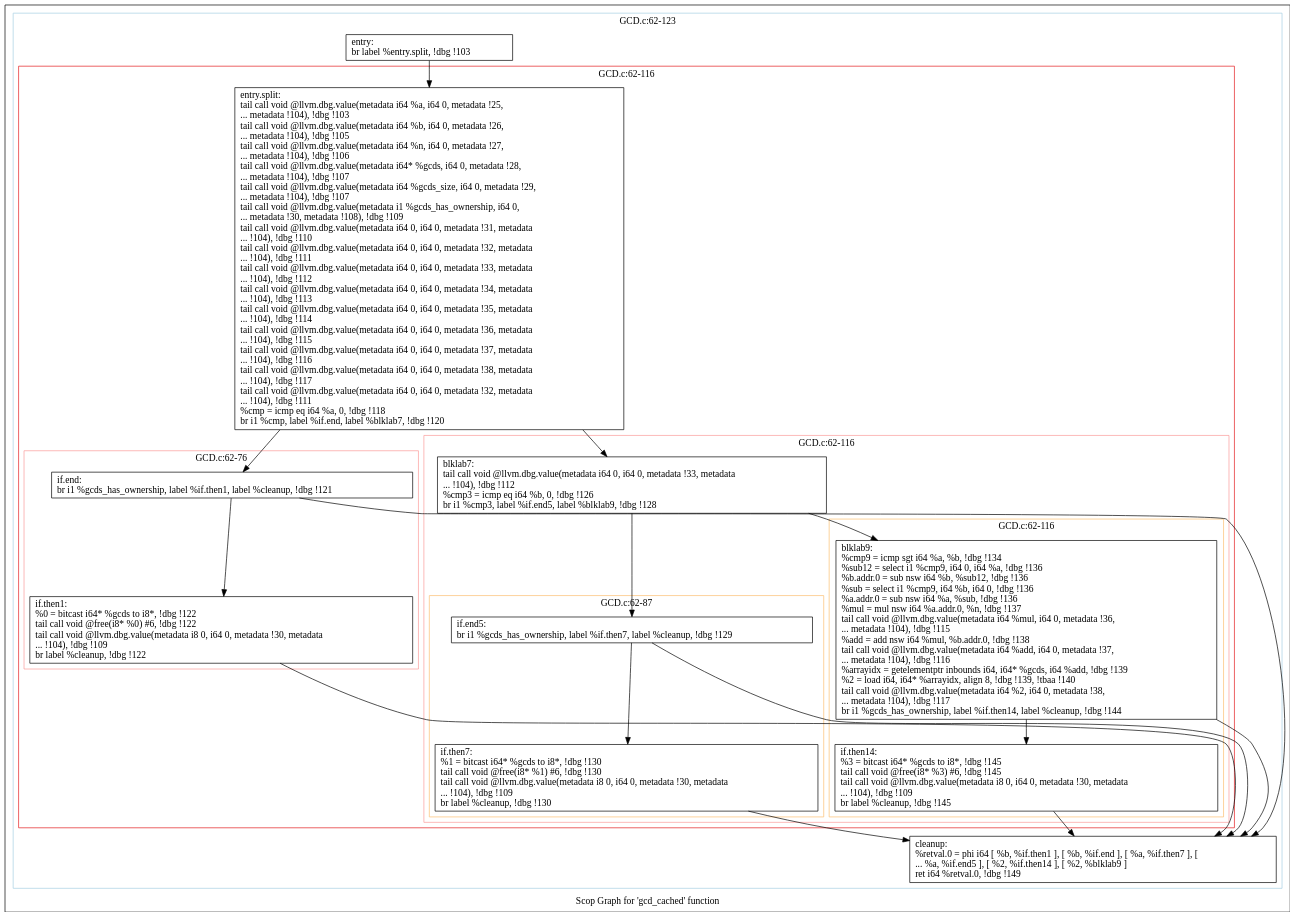
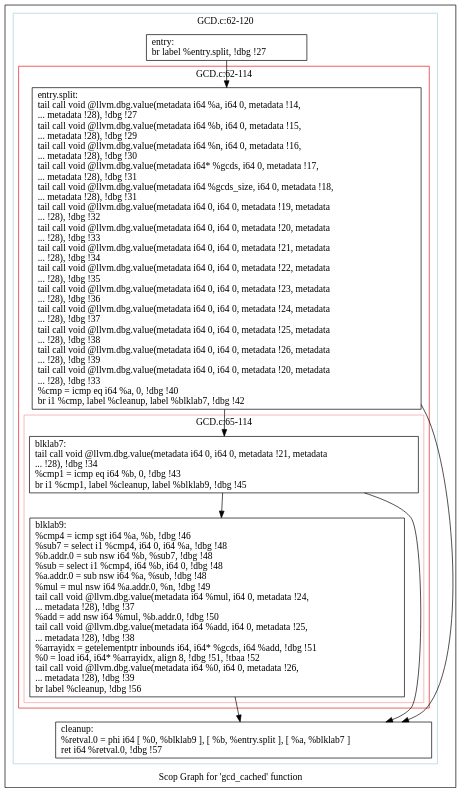
The diagram in polly/GCD/impl/autogenerate1/dot/scops.gcd_cached.dot (samminweng/WhileyOpenCL), drawn with Graphviz before and after one commit. The commit also changed 394 other files, not shown here.

```diff
--- a/polly/GCD/impl/autogenerate1/dot/scops.gcd_cached.dot
+++ b/polly/GCD/impl/autogenerate1/dot/scops.gcd_cached.dot
@@ -1,75 +1,39 @@
 digraph "Scop Graph for 'gcd_cached' function" {
 	label="Scop Graph for 'gcd_cached' function";
 
-	Node0x9488c20 [shape=record,label="{entry:\l  br label %entry.split, !dbg !103\l}"];
-	Node0x9488c20 -> Node0x945fb60;
-	Node0x945fb60 [shape=record,label="{entry.split:                                      \l  tail call void @llvm.dbg.value(metadata i64 %a, i64 0, metadata !25,\l... metadata !104), !dbg !103\l  tail call void @llvm.dbg.value(metadata i64 %b, i64 0, metadata !26,\l... metadata !104), !dbg !105\l  tail call void @llvm.dbg.value(metadata i64 %n, i64 0, metadata !27,\l... metadata !104), !dbg !106\l  tail call void @llvm.dbg.value(metadata i64* %gcds, i64 0, metadata !28,\l... metadata !104), !dbg !107\l  tail call void @llvm.dbg.value(metadata i64 %gcds_size, i64 0, metadata !29,\l... metadata !104), !dbg !107\l  tail call void @llvm.dbg.value(metadata i1 %gcds_has_ownership, i64 0,\l... metadata !30, metadata !108), !dbg !109\l  tail call void @llvm.dbg.value(metadata i64 0, i64 0, metadata !31, metadata\l... !104), !dbg !110\l  tail call void @llvm.dbg.value(metadata i64 0, i64 0, metadata !32, metadata\l... !104), !dbg !111\l  tail call void @llvm.dbg.value(metadata i64 0, i64 0, metadata !33, metadata\l... !104), !dbg !112\l  tail call void @llvm.dbg.value(metadata i64 0, i64 0, metadata !34, metadata\l... !104), !dbg !113\l  tail call void @llvm.dbg.value(metadata i64 0, i64 0, metadata !35, metadata\l... !104), !dbg !114\l  tail call void @llvm.dbg.value(metadata i64 0, i64 0, metadata !36, metadata\l... !104), !dbg !115\l  tail call void @llvm.dbg.value(metadata i64 0, i64 0, metadata !37, metadata\l... !104), !dbg !116\l  tail call void @llvm.dbg.value(metadata i64 0, i64 0, metadata !38, metadata\l... !104), !dbg !117\l  tail call void @llvm.dbg.value(metadata i64 0, i64 0, metadata !32, metadata\l... !104), !dbg !111\l  %cmp = icmp eq i64 %a, 0, !dbg !118\l  br i1 %cmp, label %if.end, label %blklab7, !dbg !120\l}"];
-	Node0x945fb60 -> Node0x946c970;
-	Node0x945fb60 -> Node0x9473460;
-	Node0x946c970 [shape=record,label="{if.end:                                           \l  br i1 %gcds_has_ownership, label %if.then1, label %cleanup, !dbg !121\l}"];
-	Node0x946c970 -> Node0x94a09b0;
-	Node0x946c970 -> Node0x945f530;
-	Node0x94a09b0 [shape=record,label="{if.then1:                                         \l  %0 = bitcast i64* %gcds to i8*, !dbg !122\l  tail call void @free(i8* %0) #6, !dbg !122\l  tail call void @llvm.dbg.value(metadata i8 0, i64 0, metadata !30, metadata\l... !104), !dbg !109\l  br label %cleanup, !dbg !122\l}"];
-	Node0x94a09b0 -> Node0x945f530;
-	Node0x945f530 [shape=record,label="{cleanup:                                          \l  %retval.0 = phi i64 [ %b, %if.then1 ], [ %b, %if.end ], [ %a, %if.then7 ], [\l... %a, %if.end5 ], [ %2, %if.then14 ], [ %2, %blklab9 ]\l  ret i64 %retval.0, !dbg !149\l}"];
-	Node0x9473460 [shape=record,label="{blklab7:                                          \l  tail call void @llvm.dbg.value(metadata i64 0, i64 0, metadata !33, metadata\l... !104), !dbg !112\l  %cmp3 = icmp eq i64 %b, 0, !dbg !126\l  br i1 %cmp3, label %if.end5, label %blklab9, !dbg !128\l}"];
-	Node0x9473460 -> Node0x9498860;
-	Node0x9473460 -> Node0x944dfb0;
-	Node0x9498860 [shape=record,label="{if.end5:                                          \l  br i1 %gcds_has_ownership, label %if.then7, label %cleanup, !dbg !129\l}"];
-	Node0x9498860 -> Node0x945edc0;
-	Node0x9498860 -> Node0x945f530;
-	Node0x945edc0 [shape=record,label="{if.then7:                                         \l  %1 = bitcast i64* %gcds to i8*, !dbg !130\l  tail call void @free(i8* %1) #6, !dbg !130\l  tail call void @llvm.dbg.value(metadata i8 0, i64 0, metadata !30, metadata\l... !104), !dbg !109\l  br label %cleanup, !dbg !130\l}"];
-	Node0x945edc0 -> Node0x945f530;
-	Node0x944dfb0 [shape=record,label="{blklab9:                                          \l  %cmp9 = icmp sgt i64 %a, %b, !dbg !134\l  %sub12 = select i1 %cmp9, i64 0, i64 %a, !dbg !136\l  %b.addr.0 = sub nsw i64 %b, %sub12, !dbg !136\l  %sub = select i1 %cmp9, i64 %b, i64 0, !dbg !136\l  %a.addr.0 = sub nsw i64 %a, %sub, !dbg !136\l  %mul = mul nsw i64 %a.addr.0, %n, !dbg !137\l  tail call void @llvm.dbg.value(metadata i64 %mul, i64 0, metadata !36,\l... metadata !104), !dbg !115\l  %add = add nsw i64 %mul, %b.addr.0, !dbg !138\l  tail call void @llvm.dbg.value(metadata i64 %add, i64 0, metadata !37,\l... metadata !104), !dbg !116\l  %arrayidx = getelementptr inbounds i64, i64* %gcds, i64 %add, !dbg !139\l  %2 = load i64, i64* %arrayidx, align 8, !dbg !139, !tbaa !140\l  tail call void @llvm.dbg.value(metadata i64 %2, i64 0, metadata !38,\l... metadata !104), !dbg !117\l  br i1 %gcds_has_ownership, label %if.then14, label %cleanup, !dbg !144\l}"];
-	Node0x944dfb0 -> Node0x9475580;
-	Node0x944dfb0 -> Node0x945f530;
-	Node0x9475580 [shape=record,label="{if.then14:                                        \l  %3 = bitcast i64* %gcds to i8*, !dbg !145\l  tail call void @free(i8* %3) #6, !dbg !145\l  tail call void @llvm.dbg.value(metadata i8 0, i64 0, metadata !30, metadata\l... !104), !dbg !109\l  br label %cleanup, !dbg !145\l}"];
-	Node0x9475580 -> Node0x945f530;
+	Node0x92c2270 [shape=record,label="{entry:\l  br label %entry.split, !dbg !27\l}"];
+	Node0x92c2270 -> Node0x9295a50;
+	Node0x9295a50 [shape=record,label="{entry.split:                                      \l  tail call void @llvm.dbg.value(metadata i64 %a, i64 0, metadata !14,\l... metadata !28), !dbg !27\l  tail call void @llvm.dbg.value(metadata i64 %b, i64 0, metadata !15,\l... metadata !28), !dbg !29\l  tail call void @llvm.dbg.value(metadata i64 %n, i64 0, metadata !16,\l... metadata !28), !dbg !30\l  tail call void @llvm.dbg.value(metadata i64* %gcds, i64 0, metadata !17,\l... metadata !28), !dbg !31\l  tail call void @llvm.dbg.value(metadata i64 %gcds_size, i64 0, metadata !18,\l... metadata !28), !dbg !31\l  tail call void @llvm.dbg.value(metadata i64 0, i64 0, metadata !19, metadata\l... !28), !dbg !32\l  tail call void @llvm.dbg.value(metadata i64 0, i64 0, metadata !20, metadata\l... !28), !dbg !33\l  tail call void @llvm.dbg.value(metadata i64 0, i64 0, metadata !21, metadata\l... !28), !dbg !34\l  tail call void @llvm.dbg.value(metadata i64 0, i64 0, metadata !22, metadata\l... !28), !dbg !35\l  tail call void @llvm.dbg.value(metadata i64 0, i64 0, metadata !23, metadata\l... !28), !dbg !36\l  tail call void @llvm.dbg.value(metadata i64 0, i64 0, metadata !24, metadata\l... !28), !dbg !37\l  tail call void @llvm.dbg.value(metadata i64 0, i64 0, metadata !25, metadata\l... !28), !dbg !38\l  tail call void @llvm.dbg.value(metadata i64 0, i64 0, metadata !26, metadata\l... !28), !dbg !39\l  tail call void @llvm.dbg.value(metadata i64 0, i64 0, metadata !20, metadata\l... !28), !dbg !33\l  %cmp = icmp eq i64 %a, 0, !dbg !40\l  br i1 %cmp, label %cleanup, label %blklab7, !dbg !42\l}"];
+	Node0x9295a50 -> Node0x92b7270;
+	Node0x9295a50 -> Node0x9280150;
+	Node0x92b7270 [shape=record,label="{cleanup:                                          \l  %retval.0 = phi i64 [ %0, %blklab9 ], [ %b, %entry.split ], [ %a, %blklab7 ]\l  ret i64 %retval.0, !dbg !57\l}"];
+	Node0x9280150 [shape=record,label="{blklab7:                                          \l  tail call void @llvm.dbg.value(metadata i64 0, i64 0, metadata !21, metadata\l... !28), !dbg !34\l  %cmp1 = icmp eq i64 %b, 0, !dbg !43\l  br i1 %cmp1, label %cleanup, label %blklab9, !dbg !45\l}"];
+	Node0x9280150 -> Node0x92b7270;
+	Node0x9280150 -> Node0x9130ce0;
+	Node0x9130ce0 [shape=record,label="{blklab9:                                          \l  %cmp4 = icmp sgt i64 %a, %b, !dbg !46\l  %sub7 = select i1 %cmp4, i64 0, i64 %a, !dbg !48\l  %b.addr.0 = sub nsw i64 %b, %sub7, !dbg !48\l  %sub = select i1 %cmp4, i64 %b, i64 0, !dbg !48\l  %a.addr.0 = sub nsw i64 %a, %sub, !dbg !48\l  %mul = mul nsw i64 %a.addr.0, %n, !dbg !49\l  tail call void @llvm.dbg.value(metadata i64 %mul, i64 0, metadata !24,\l... metadata !28), !dbg !37\l  %add = add nsw i64 %mul, %b.addr.0, !dbg !50\l  tail call void @llvm.dbg.value(metadata i64 %add, i64 0, metadata !25,\l... metadata !28), !dbg !38\l  %arrayidx = getelementptr inbounds i64, i64* %gcds, i64 %add, !dbg !51\l  %0 = load i64, i64* %arrayidx, align 8, !dbg !51, !tbaa !52\l  tail call void @llvm.dbg.value(metadata i64 %0, i64 0, metadata !26,\l... metadata !28), !dbg !39\l  br label %cleanup, !dbg !56\l}"];
+	Node0x9130ce0 -> Node0x92b7270;
 	colorscheme = "paired12"
-        subgraph cluster_0x947c640 {
-          label = "GCD.c:62-123
+        subgraph cluster_0x92a7dd0 {
+          label = "GCD.c:62-120
 ";
           style = solid;
           color = 1
-          subgraph cluster_0x9484c30 {
-            label = "GCD.c:62-116
+          subgraph cluster_0x92b9960 {
+            label = "GCD.c:62-114
 ";
             style = solid;
             color = 6
-            subgraph cluster_0x947c180 {
-              label = "GCD.c:62-76
+            subgraph cluster_0x92a7b50 {
+              label = "GCD.c:65-114
 ";
               style = solid;
               color = 5
-              Node0x946c970;
-              Node0x94a09b0;
+              Node0x9280150;
+              Node0x9130ce0;
             }
-            subgraph cluster_0x945d7c0 {
-              label = "GCD.c:62-116
-";
-              style = solid;
-              color = 5
-              subgraph cluster_0x9449ea0 {
-                label = "GCD.c:62-87
-";
-                style = solid;
-                color = 7
-                Node0x9498860;
-                Node0x945edc0;
-              }
-              subgraph cluster_0x945cb40 {
-                label = "GCD.c:62-116
-";
-                style = solid;
-                color = 7
-                Node0x944dfb0;
-                Node0x9475580;
-              }
-              Node0x9473460;
-            }
-            Node0x945fb60;
+            Node0x9295a50;
           }
-          Node0x9488c20;
-          Node0x945f530;
+          Node0x92c2270;
+          Node0x92b7270;
         }
 }
```
